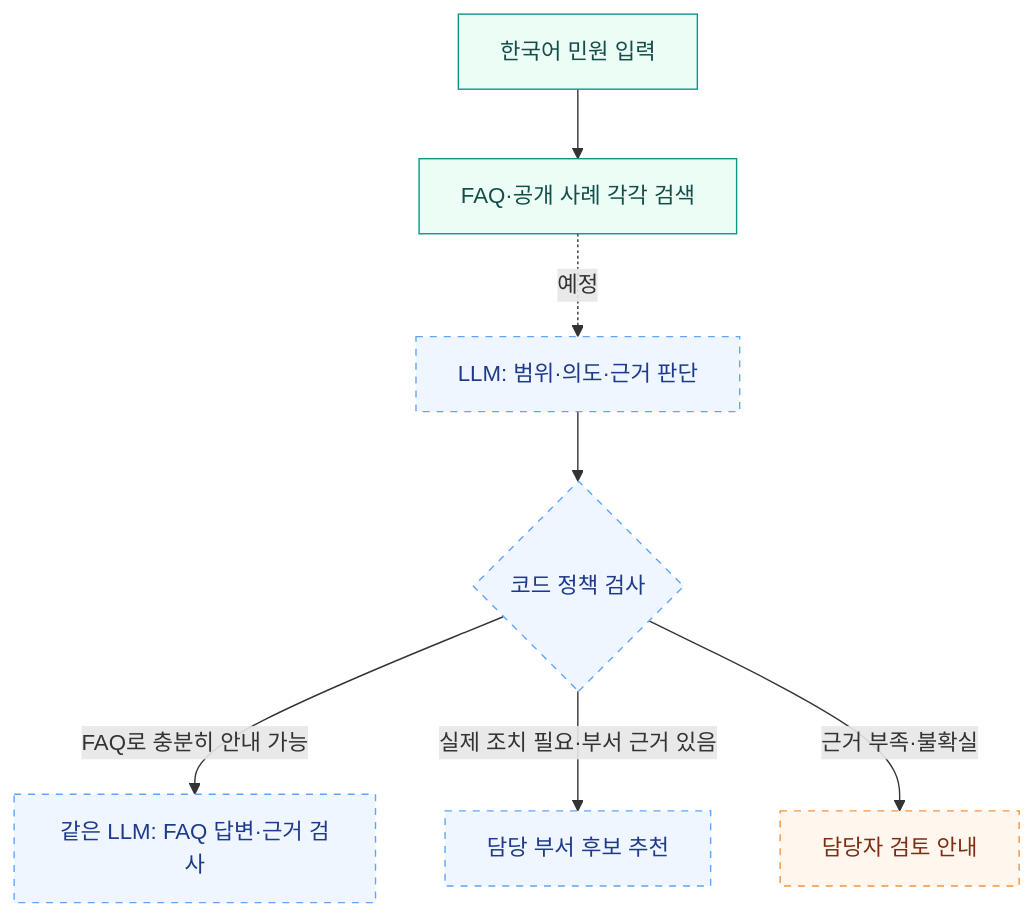
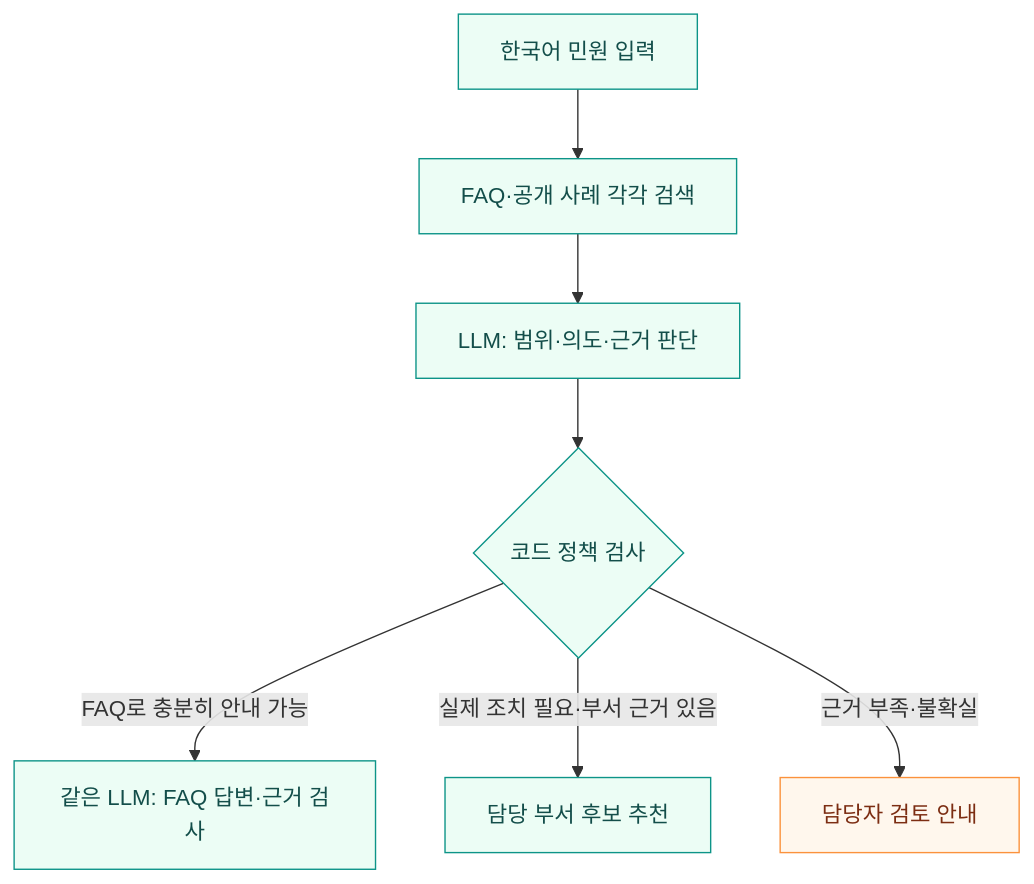
Before and after one commit to hy040504/ai-complaint-process: the second of 3 diagrams in README.md, drawn with Mermaid. The commit also changed other lines of this file and 29 other files, not shown here.

````diff
--- a/README.md
+++ b/README.md
@@ -92,15 +115,14 @@
 ```mermaid
 flowchart TD
     A[한국어 민원 입력] --> R[FAQ·공개 사례 각각 검색]
-    R -. 예정 .-> G[LLM: 범위·의도·근거 판단]
+    R --> G[LLM: 범위·의도·근거 판단]
     G --> P{코드 정책 검사}
     P -->|FAQ로 충분히 안내 가능| F[같은 LLM: FAQ 답변·근거 검사]
     P -->|실제 조치 필요·부서 근거 있음| D[담당 부서 후보 추천]
     P -->|근거 부족·불확실| H[담당자 검토 안내]
     classDef ready fill:#ecfdf5,stroke:#0d9488,color:#134e4a
     classDef planned fill:#eff6ff,stroke:#60a5fa,color:#1e3a8a,stroke-dasharray:5 5
-    classDef human fill:#fff7ed,stroke:#fb923c,color:#7c2d12,stroke-dasharray:5 5
-    class A,R ready
-    class G,P,F,D planned
+    classDef human fill:#fff7ed,stroke:#fb923c,color:#7c2d12
+    class A,R,G,P,F,D ready
     class H human
 ```
````
